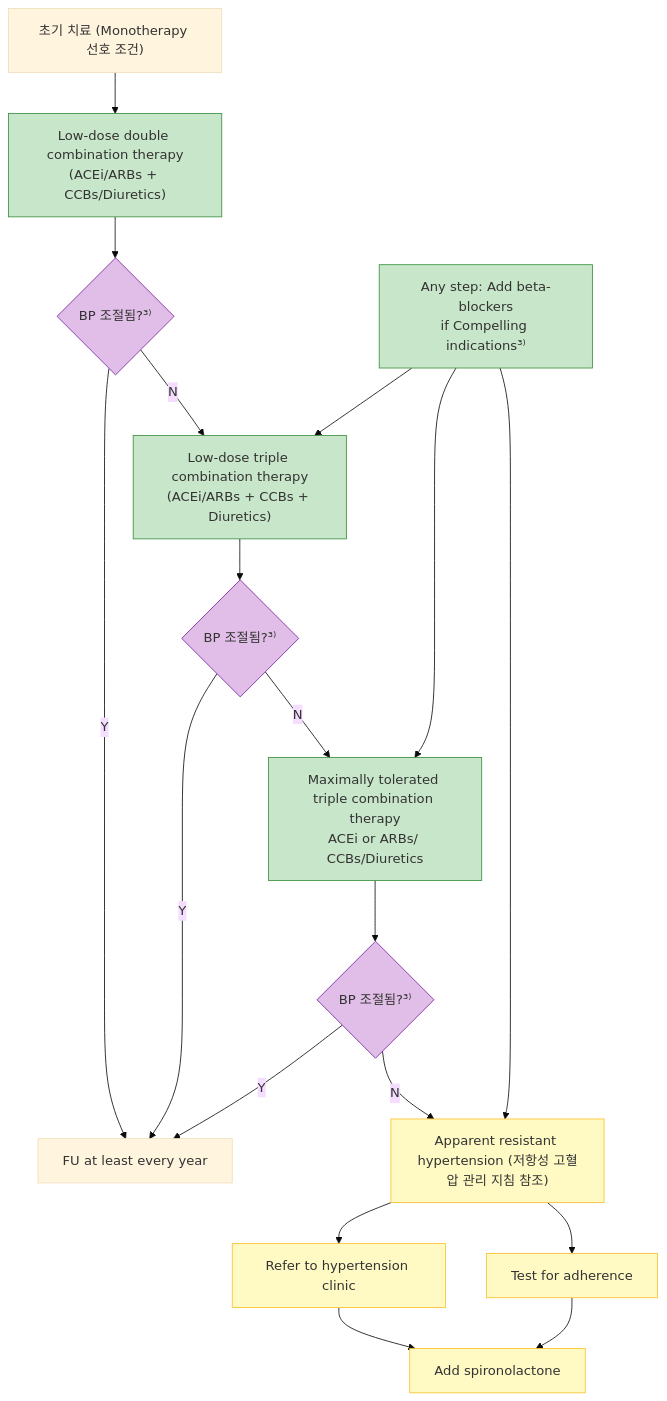
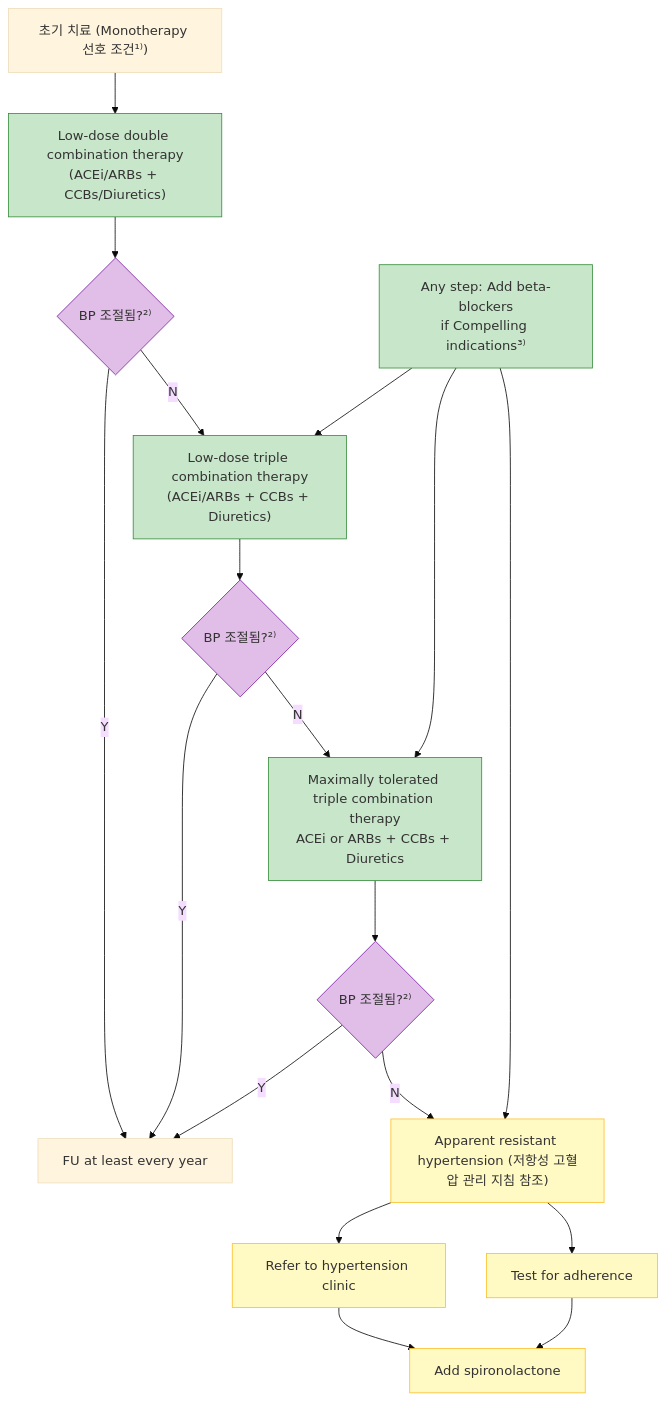
Before and after one commit to familyoh77/familyoh77: the fourth of 10 diagrams in 225_/095_-hypertension.md, drawn with Mermaid (base theme). The commit also changed other lines of this file, not shown here.

````diff
--- a/225_/095_-hypertension.md
+++ b/225_/095_-hypertension.md
@@ -890,62 +795,51 @@
 ```mermaid
 graph TD
-    %% 시작 단계 및 특수 조건
-    Start["초기 치료 (Monotherapy 선호 조건)"]
+    Start["초기 치료 (Monotherapy 선호 조건¹⁾)"]
     
-    %% 주요 치료 경로
     T1["Low-dose double combination therapy<br/>(ACEi/ARBs + CCBs/Diuretics)"]
-    Check1{"BP 조절됨?³⁾"}
+    Check1{"BP 조절됨?²⁾"}
     
     T2["Low-dose triple combination therapy<br/>(ACEi/ARBs + CCBs + Diuretics)"]
-    Check2{"BP 조절됨?³⁾"}
+    Check2{"BP 조절됨?²⁾"}
     
-    T3["Maximally tolerated triple combination therapy<br/>ACEi or ARBs/ CCBs/Diuretics"]
-    Check3{"BP 조절됨?³⁾"}
+    T3["Maximally tolerated triple combination therapy<br/>ACEi or ARBs + CCBs + Diuretics"]
+    Check3{"BP 조절됨?²⁾"}
     
-    %% 저항성 고혈압 단계
     Resistant["Apparent resistant hypertension (저항성 고혈압 관리 지침 참조)"]
     Action1["Refer to hypertension clinic"]
     Action2["Test for adherence"]
     Action3["Add spironolactone"]
-
     
-    %% 기타
     Beta["Any step: Add beta-blockers<br/>if Compelling indications³⁾"]
     FU["FU at least every year"]
 
-    %% 흐름 연결
     Start --> T1
     T1 --> Check1
     Check1 -- Y --> FU
     Check1 -- N --> T2
     
     T2 --> Check2
     Check2 -- Y --> FU
     Check2 -- N --> T3
     
     T3 --> Check3
     Check3 -- Y --> FU
     Check3 -- N --> Resistant
     
-    %% 저항성 고혈압 상세 연결
     Resistant --> Action1
     Resistant --> Action2
     Action1 --> Action3
     Action2 --> Action3
-  
-    
-    %% Beta blocker 연결
 
-        Beta --> T2
+    Beta --> T2
     Beta --> T3
     Beta --> Resistant
 
-    %% 스타일 설정
     classDef treat fill:#c8e6c9,stroke:#388e3c;
     classDef check fill:#e1bee7,stroke:#7b1fa2;
     classDef res fill:#fff9c4,stroke:#fbc02d;
     
     class T1,T2,T3,Beta treat;
     class Check1,Check2,Check3 check;
     class Action1,Action2,Action3,Resistant res;
 ```
````
